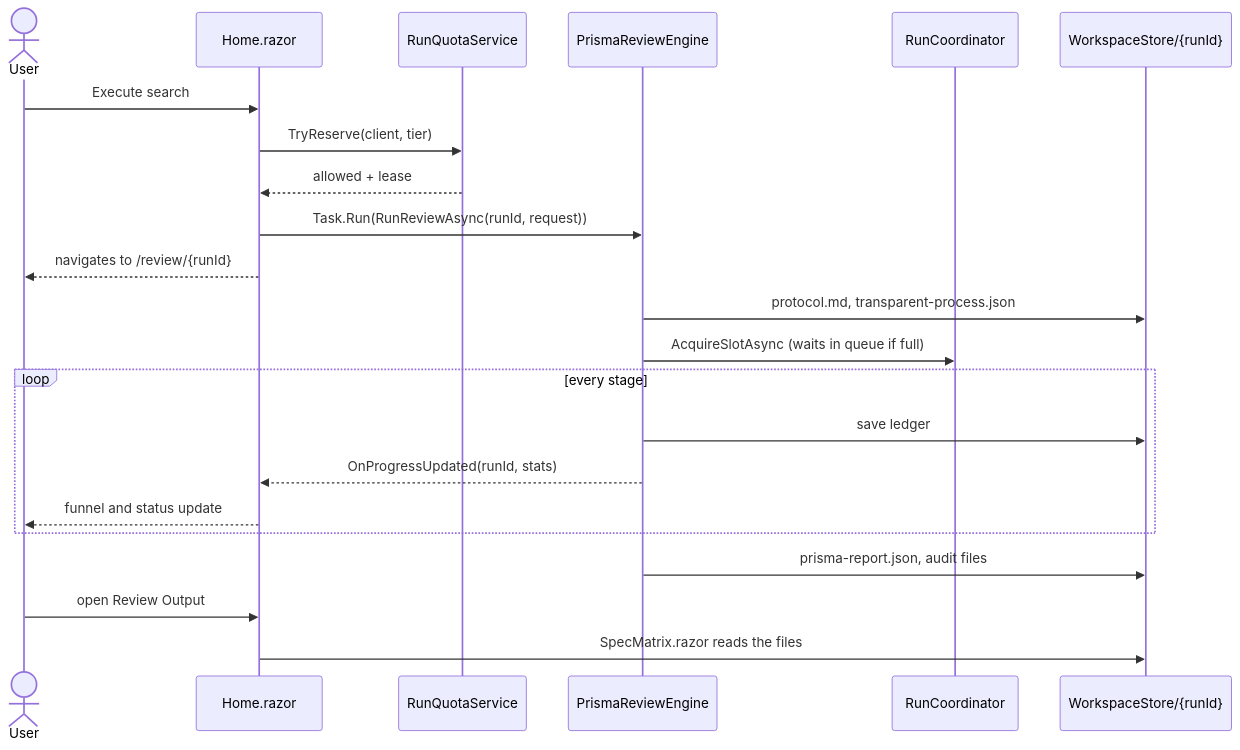
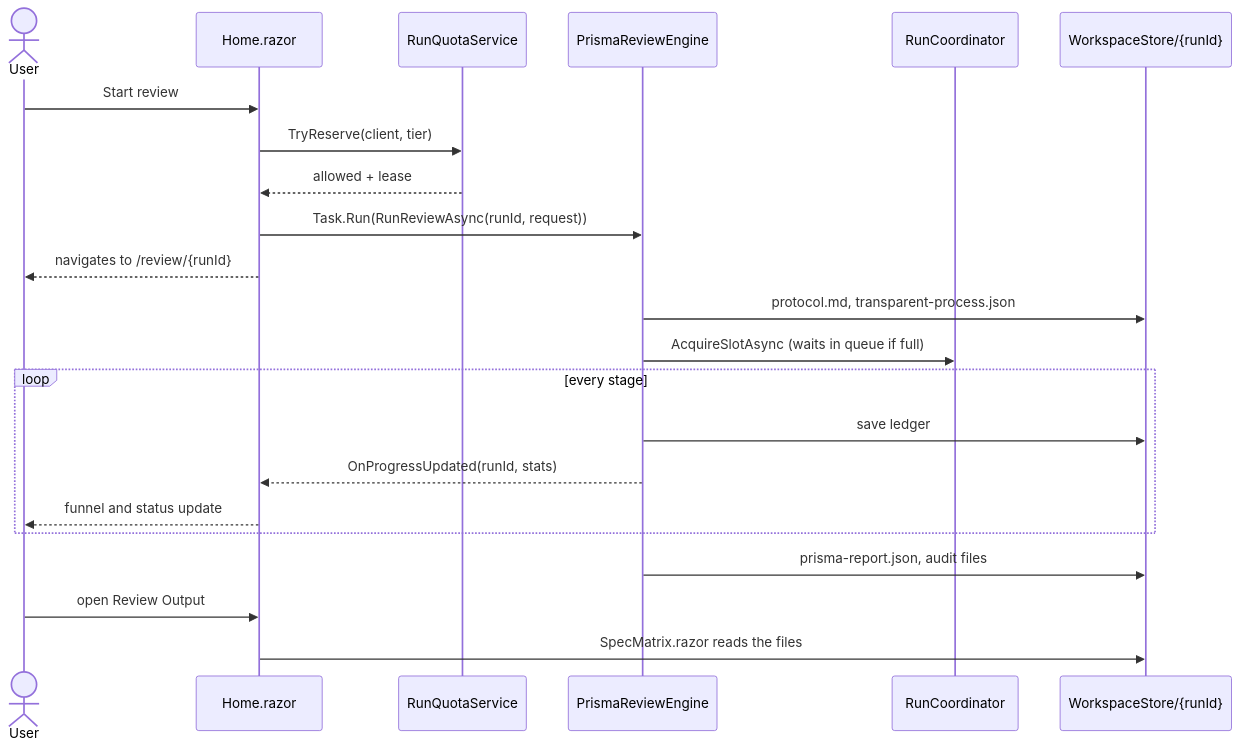
One commit to lauPhilip/au-btech-literature-review-agent changed the second of 2 diagrams in docs/wiki/01-system-overview.md. Above: the diagram before and after it, drawn with Mermaid. The commit also changed 1 other file, not shown here.

Commit message:
Rename Execute search to Start review in the wiki

````diff
--- a/docs/wiki/01-system-overview.md
+++ b/docs/wiki/01-system-overview.md
@@ -72,25 +72,25 @@
 ```mermaid
 sequenceDiagram
     actor U as User
     participant H as Home.razor
     participant Q as RunQuotaService
     participant E as PrismaReviewEngine
     participant C as RunCoordinator
     participant F as WorkspaceStore/{runId}
 
-    U->>H: Execute search
+    U->>H: Start review
     H->>Q: TryReserve(client, tier)
     Q-->>H: allowed + lease
     H->>E: Task.Run(RunReviewAsync(runId, request))
     H-->>U: navigates to /review/{runId}
     E->>F: protocol.md, transparent-process.json
     E->>C: AcquireSlotAsync (waits in queue if full)
     loop every stage
         E->>F: save ledger
         E-->>H: OnProgressUpdated(runId, stats)
         H-->>U: funnel and status update
     end
     E->>F: prisma-report.json, audit files
     U->>H: open Review Output
     H->>F: SpecMatrix.razor reads the files
 ```
````
